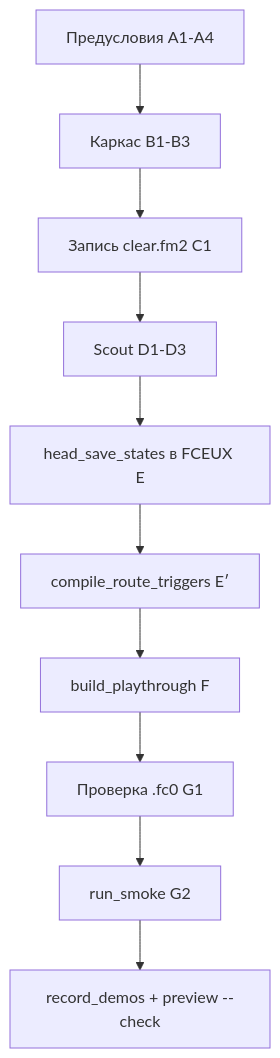
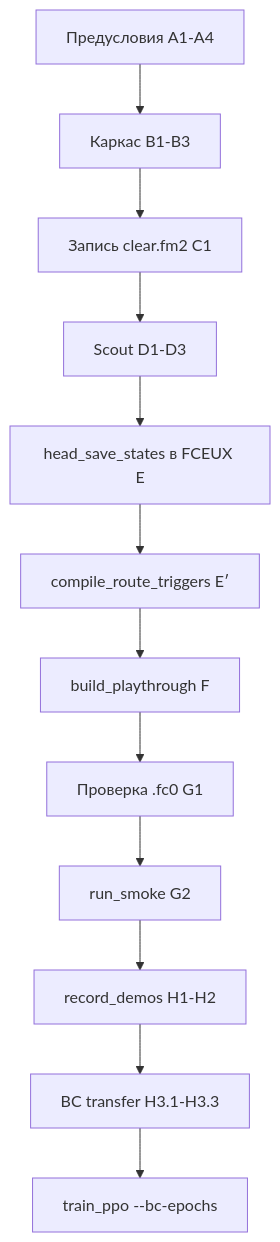
The diagram in docs/PROTOCOL_MISSION_REFERENCE.md (dimadroog/wait), drawn with Mermaid before and after one commit. The commit also changed other lines of this file and 1 other file, not shown here.

First line of the commit message:
docs: add BC transfer acceptance criteria to mission protocol

````diff
--- a/docs/PROTOCOL_MISSION_REFERENCE.md
+++ b/docs/PROTOCOL_MISSION_REFERENCE.md
@@ -323,12 +417,14 @@
 ```mermaid
 flowchart TD
   A[Предусловия A1-A4] --> B[Каркас B1-B3]
   B --> C[Запись clear.fm2 C1]
   C --> D[Scout D1-D3]
   D --> E[head_save_states в FCEUX E]
   E --> Eprime[compile_route_triggers E′]
   Eprime --> F[build_playthrough F]
   F --> G[Проверка .fc0 G1]
   G --> G2[run_smoke G2]
-  G2 --> H[record_demos + preview --check]
+  G2 --> H[record_demos H1-H2]
+  H --> H3[BC transfer H3.1-H3.3]
+  H3 --> Train[train_ppo --bc-epochs]
 ```
````
